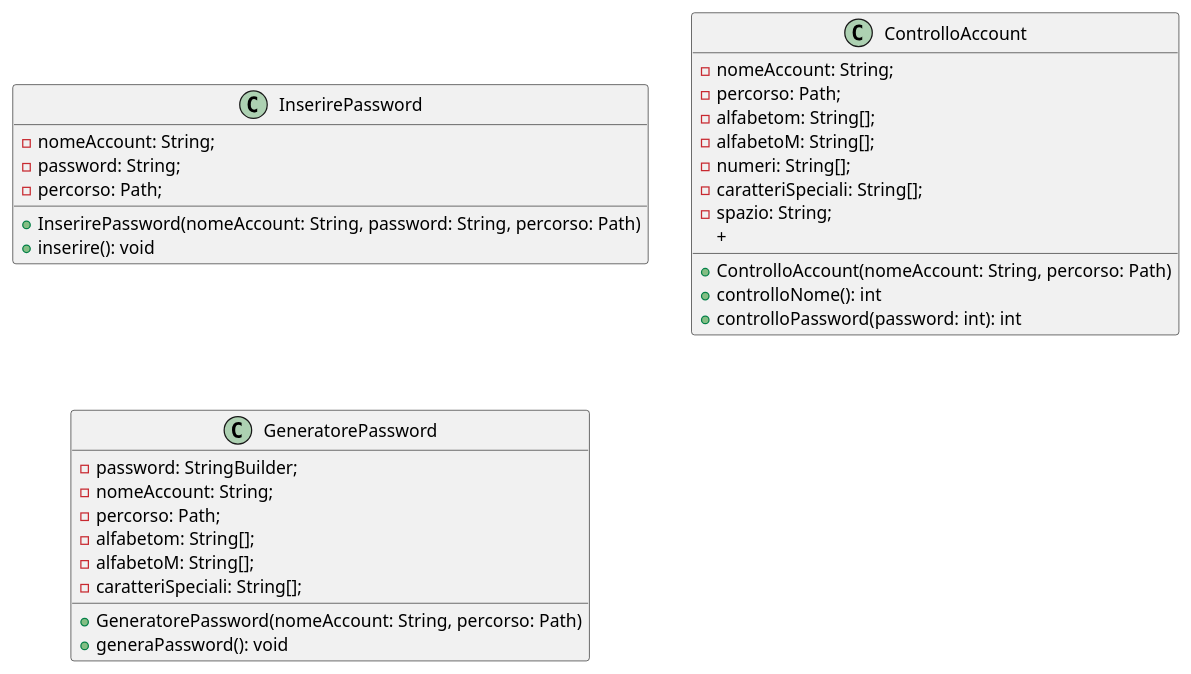
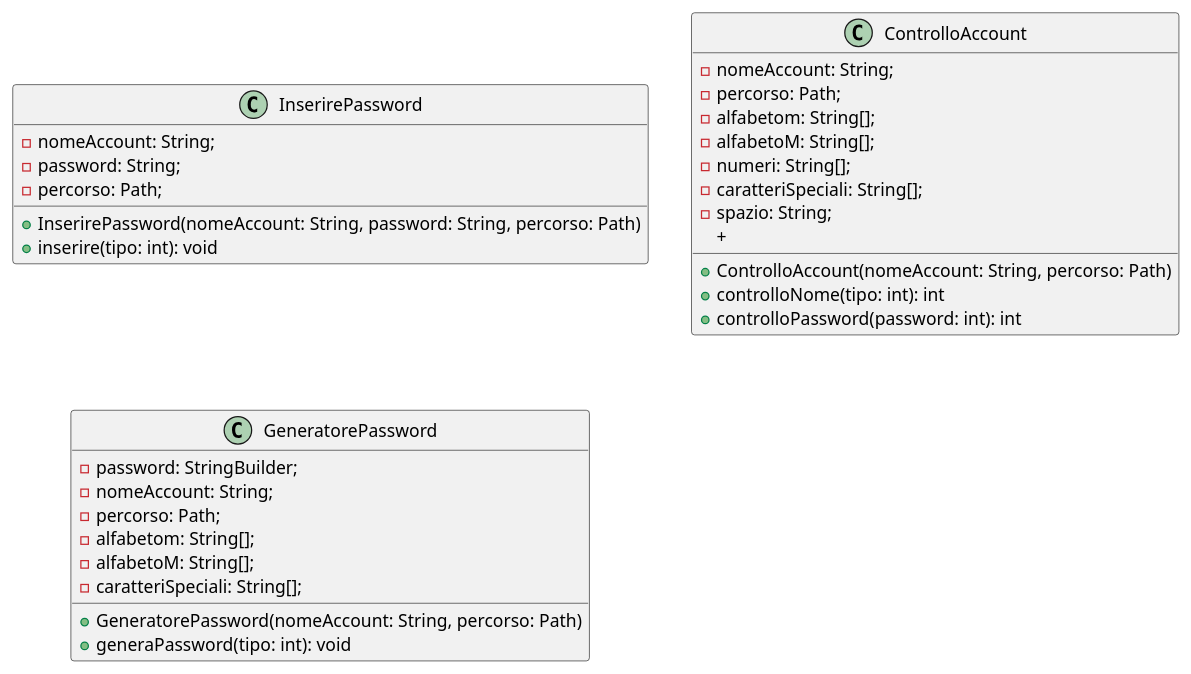
One commit to LucaCrivelli/ProgettoGeneratoreGestionePassword changed the diagram in src/GeneratoreGestorePassword.puml. Above: the diagram before and after it, drawn with PlantUML. The commit also changed 8 other files, not shown here.

```diff
--- a/src/GeneratoreGestorePassword.puml
+++ b/src/GeneratoreGestorePassword.puml
@@ -1,39 +1,39 @@
 @startuml
 'https://plantuml.com/sequence-diagram
 
 skinparam classAttibuteIconSize 0
 
 class InserirePassword{
 -nomeAccount: String;
 -password: String;
 -percorso: Path;
 +InserirePassword(nomeAccount: String, password: String, percorso: Path)
-+inserire(): void
++inserire(tipo: int): void
 }
 
 class ControlloAccount{
 -nomeAccount: String;
 -percorso: Path;
 -alfabetom: String[];
 -alfabetoM: String[];
 -numeri: String[];
 -caratteriSpeciali: String[];
 -spazio: String;
 +ControlloAccount(nomeAccount: String, percorso: Path)
-+controlloNome(): int
++controlloNome(tipo: int): int
 +controlloPassword(password: int): int
 +
 }
 
 class GeneratorePassword{
 -password: StringBuilder;
 -nomeAccount: String;
 -percorso: Path;
 -alfabetom: String[];
 -alfabetoM: String[];
 -caratteriSpeciali: String[];
 +GeneratorePassword(nomeAccount: String, percorso: Path)
-+generaPassword(): void
++generaPassword(tipo: int): void
 }
 
 @enduml
```
